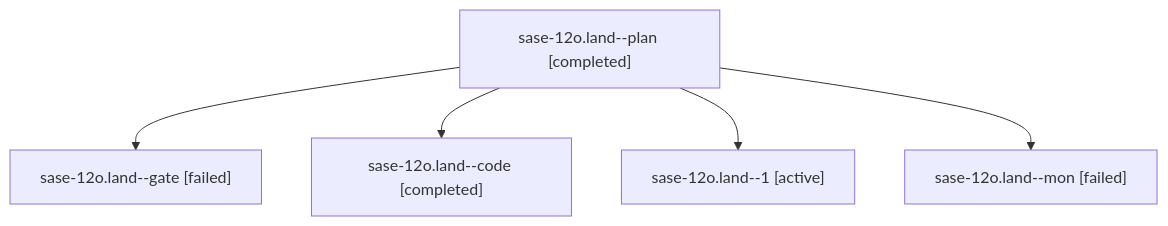
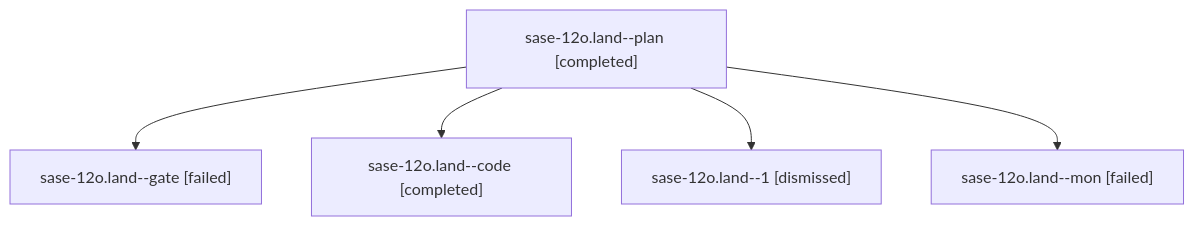
Before and after one commit to sase-org/sase--agents: the diagram in sessions/bbugyi200.apollo.sase-12o.land.md, drawn with Mermaid. The commit also changed other lines of this file and 846 other files, not shown here.

````diff
--- a/sessions/bbugyi200.apollo.sase-12o.land.md
+++ b/sessions/bbugyi200.apollo.sase-12o.land.md
@@ -9,12 +9,12 @@
 ```mermaid
 flowchart TD
   n0["sase-12o.land--plan [completed]"]
   n1["sase-12o.land--gate [failed]"]
   n0 --> n1
   n2["sase-12o.land--code [completed]"]
   n0 --> n2
-  n3["sase-12o.land--1 [active]"]
+  n3["sase-12o.land--1 [dismissed]"]
   n0 --> n3
   n4["sase-12o.land--mon [failed]"]
   n0 --> n4
 ```
````
